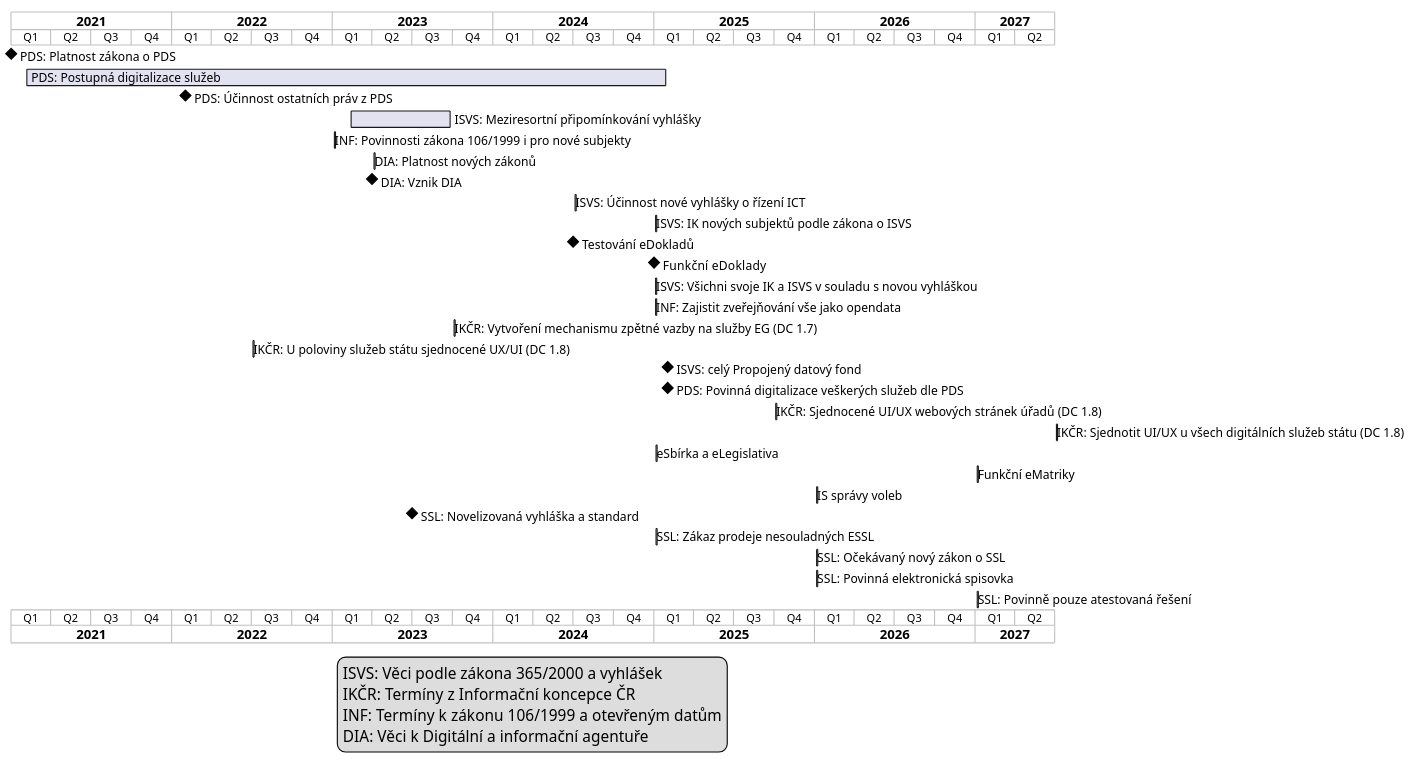
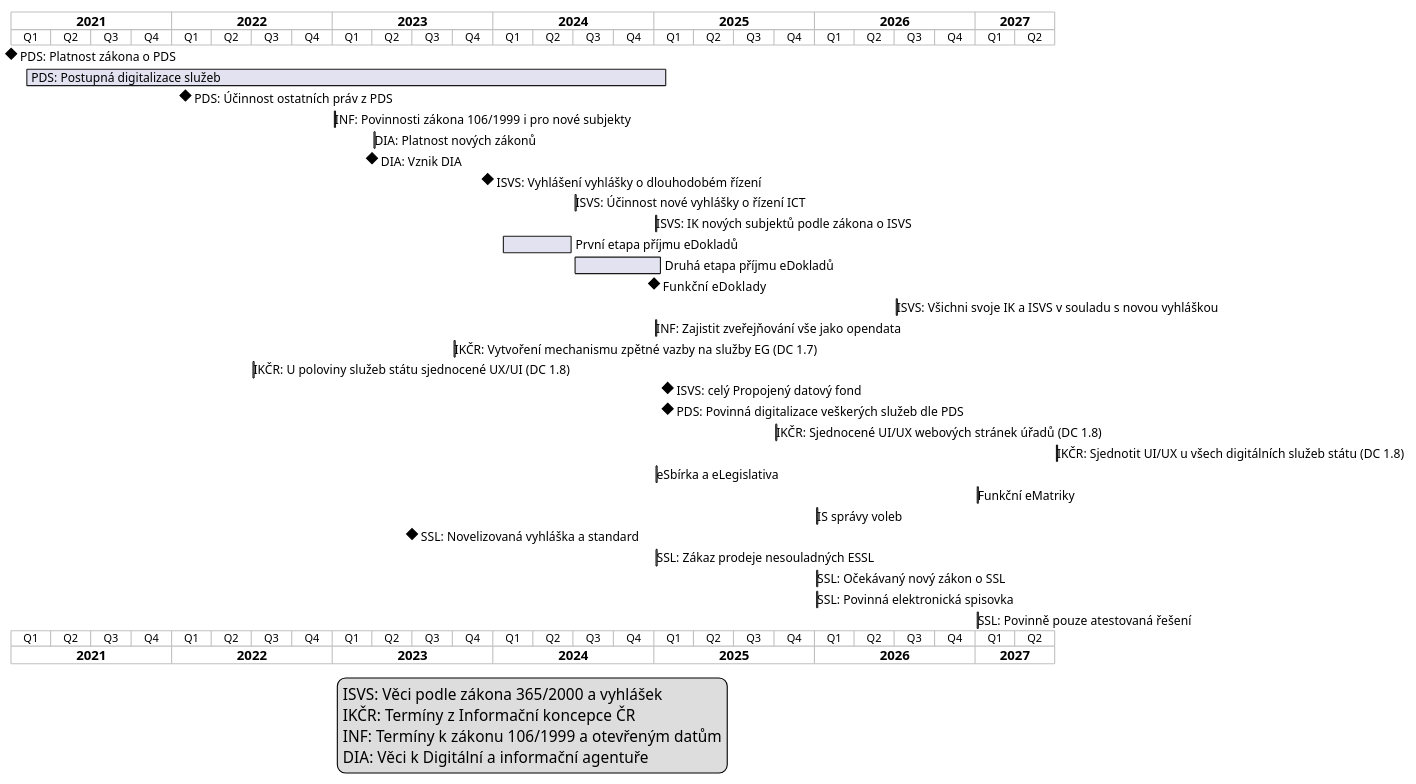
The first of 7 diagrams in diagramy/edu.plantuml (egdilna/egovedu), drawn with PlantUML before and after one commit. The commit also changed 1 other file, not shown here.

```diff
--- a/diagramy/edu.plantuml
+++ b/diagramy/edu.plantuml
@@ -1,38 +1,39 @@
 @startgantt casovaosaeg
 language cs
 projectscale quarterly
 Project starts 2021-01-01
 [PDS: Platnost zákona o PDS] happens 2020-02-01
 [PDS: Postupná digitalizace služeb] starts 2021-02-01 and ends 2025-02-01
 [PDS: Účinnost ostatních práv z PDS] happens 2022-02-01
-[ISVS: Meziresortní připomínkování vyhlášky] starts 2023-02-08 and ends 2023-09-30
 [INF: Povinnosti zákona 106/1999 i pro nové subjekty] starts 2023-01-01
 [DIA: Platnost nových zákonů] starts 2023-04-01
 [DIA: Vznik DIA] happens 2023-04-01
+[ISVS: Vyhlášení vyhlášky o dlouhodobém řízení] happens 2023-12-20
 [ISVS: Účinnost nové vyhlášky o řízení ICT] starts 2024-07-01
 [ISVS: IK nových subjektů podle zákona o ISVS] ends 2024-12-31
-[Testování eDokladů] happens 2024-07-01
+[První etapa příjmu eDokladů] starts 2024-01-20 and ends 2024-07-01
+[Druhá etapa příjmu eDokladů] starts 2024-07-01 and ends 2025-01-20
 [Funkční  eDoklady] happens 2025-01-01
-[ISVS: Všichni svoje IK a ISVS v souladu s novou vyhláškou] ends 2024-12-31
+[ISVS: Všichni svoje IK a ISVS v souladu s novou vyhláškou] ends 2026-07-01
 [INF: Zajistit zveřejňování vše jako opendata] ends 2024-12-31
 [IKČR: Vytvoření mechanismu zpětné vazby na služby EG (DC 1.7)] ends 2023-09-30
 [IKČR: U poloviny služeb státu sjednocené UX/UI (DC 1.8)] ends 2022-06-30 
 [ISVS: celý Propojený datový fond] happens 2025-02-01
 [PDS: Povinná digitalizace veškerých služeb dle PDS] happens 2025-02-01
 [IKČR: Sjednocené UI/UX webových stránek úřadů (DC 1.8)] ends 2025-09-30 
 [IKČR: Sjednotit UI/UX u všech digitálních služeb státu (DC 1.8)] ends 2027-06-30
 [eSbírka a eLegislativa] starts 2025-01-01
 [Funkční eMatriky] starts 2027-01-01
 [IS správy voleb] starts 2026-01-01
 [SSL: Novelizovaná vyhláška a standard] happens 2023-07-01
 [SSL: Zákaz prodeje nesouladných ESSL] starts 2025-01-01
 [SSL: Očekávaný nový zákon o SSL] starts 2026-01-01
 [SSL: Povinná elektronická spisovka] starts 2026-01-01
 [SSL: Povinně pouze atestovaná řešení] starts 2027-01-01
 legend
 ISVS: Věci podle zákona 365/2000 a vyhlášek
 IKČR: Termíny z Informační koncepce ČR
 INF: Termíny k zákonu 106/1999 a otevřeným datům
 DIA: Věci k Digitální a informační agentuře
 end legend
 @endgantt
```
